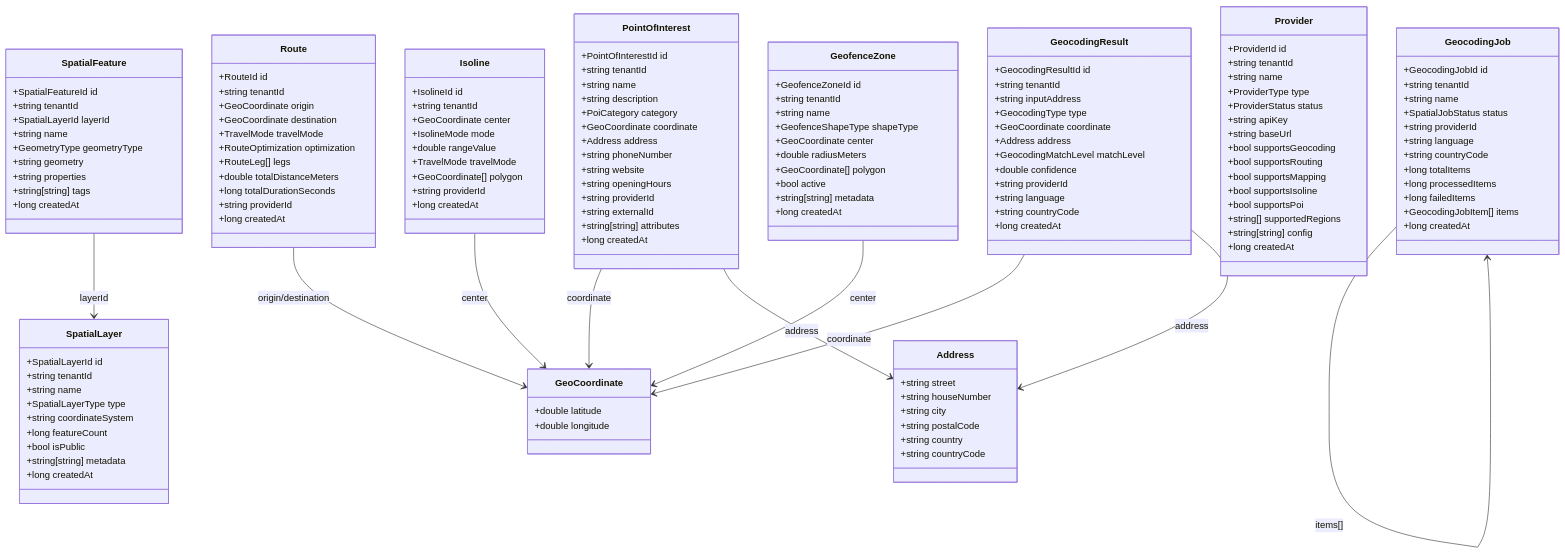
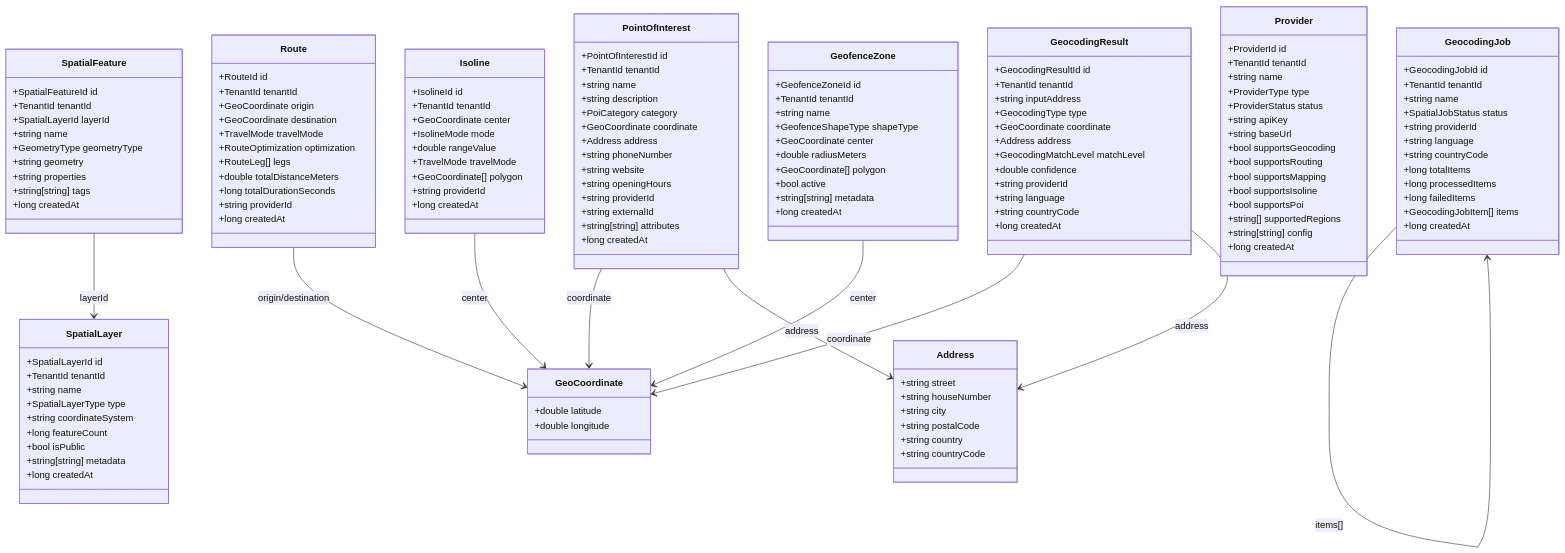
Before and after one commit to UIMSolutions/uim-platform: the second of 5 diagrams in hana-spatial/UML.md, drawn with Mermaid. The commit also changed 283 other files, not shown here.

```diff
--- a/hana-spatial/UML.md
+++ b/hana-spatial/UML.md
@@ -49,7 +49,7 @@
 classDiagram
     class GeocodingResult {
         +GeocodingResultId id
-        +string tenantId
+        +TenantId tenantId
         +string inputAddress
         +GeocodingType type
         +GeoCoordinate coordinate
@@ -64,7 +64,7 @@
 
     class Route {
         +RouteId id
-        +string tenantId
+        +TenantId tenantId
         +GeoCoordinate origin
         +GeoCoordinate destination
         +TravelMode travelMode
@@ -78,7 +78,7 @@
 
     class PointOfInterest {
         +PointOfInterestId id
-        +string tenantId
+        +TenantId tenantId
         +string name
         +string description
         +PoiCategory category
@@ -95,7 +95,7 @@
 
     class Isoline {
         +IsolineId id
-        +string tenantId
+        +TenantId tenantId
         +GeoCoordinate center
         +IsolineMode mode
         +double rangeValue
@@ -107,7 +107,7 @@
 
     class GeofenceZone {
         +GeofenceZoneId id
-        +string tenantId
+        +TenantId tenantId
         +string name
         +GeofenceShapeType shapeType
         +GeoCoordinate center
@@ -120,7 +120,7 @@
 
     class SpatialLayer {
         +SpatialLayerId id
-        +string tenantId
+        +TenantId tenantId
         +string name
         +SpatialLayerType type
         +string coordinateSystem
@@ -132,7 +132,7 @@
 
     class SpatialFeature {
         +SpatialFeatureId id
-        +string tenantId
+        +TenantId tenantId
         +SpatialLayerId layerId
         +string name
         +GeometryType geometryType
@@ -144,7 +144,7 @@
 
     class Provider {
         +ProviderId id
-        +string tenantId
+        +TenantId tenantId
         +string name
         +ProviderType type
         +ProviderStatus status
@@ -162,7 +162,7 @@
 
     class GeocodingJob {
         +GeocodingJobId id
-        +string tenantId
+        +TenantId tenantId
         +string name
         +SpatialJobStatus status
         +string providerId
```
